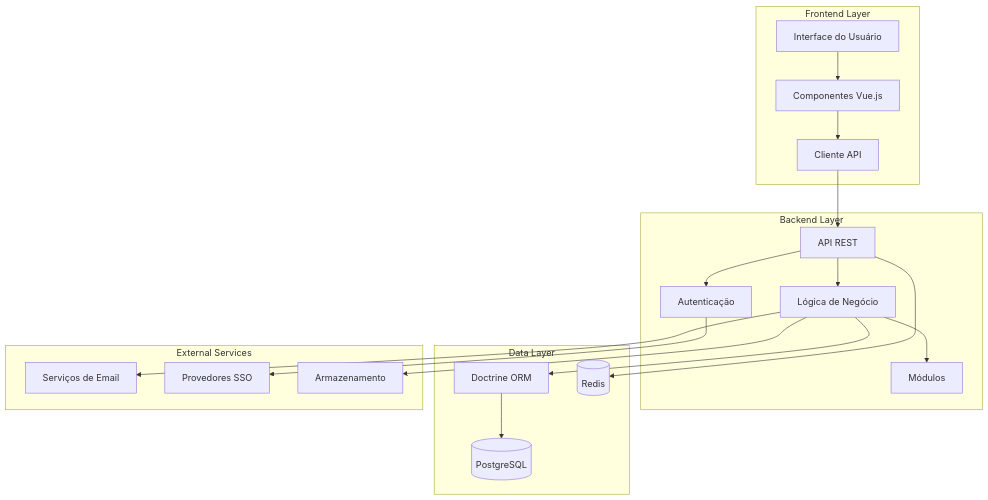
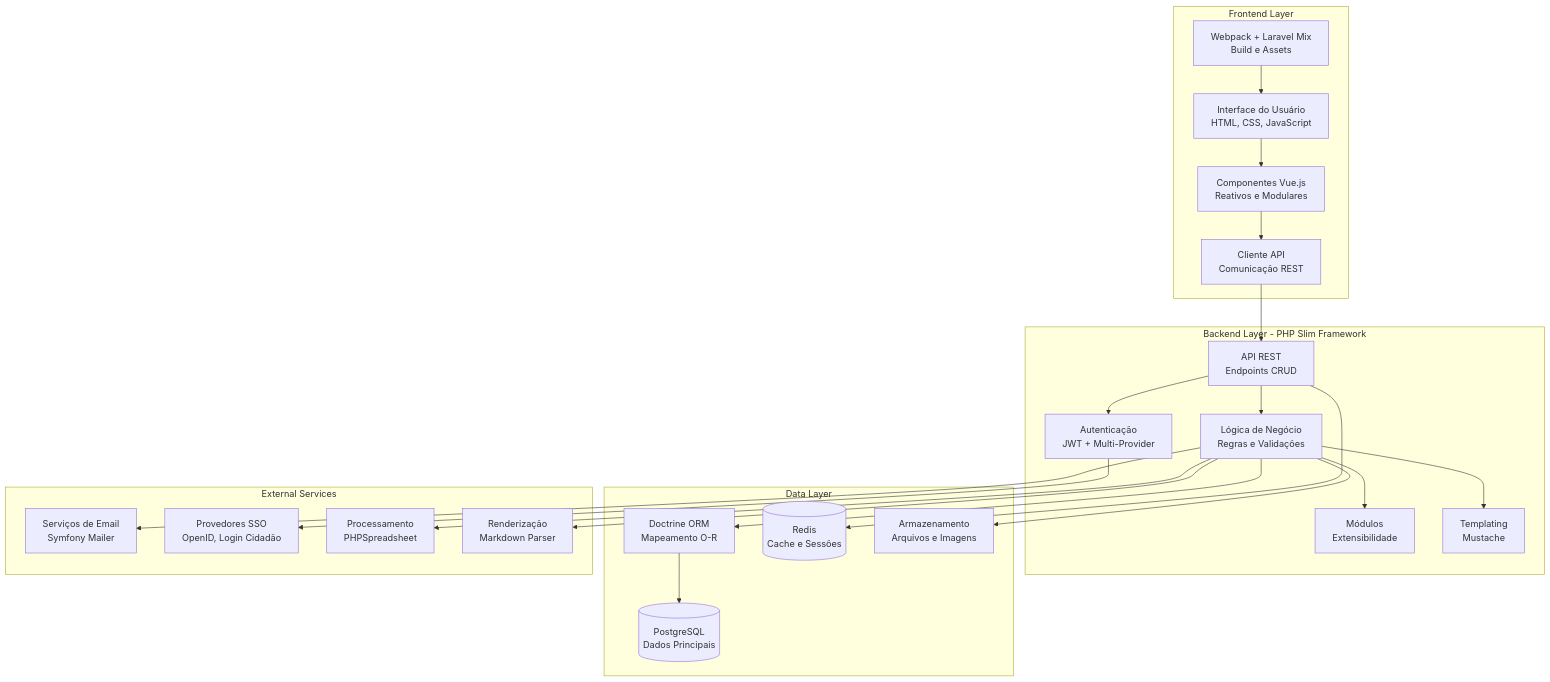
The first of 4 diagrams in content/docs/devs/00_visao_geral_plataforma/02_arquitetura_sistema.mdx (RedeMapas/manual), drawn with Mermaid before and after one commit. The commit also changed other lines of this file and 5 other files, not shown here.

````diff
--- a/content/docs/devs/00_visao_geral_plataforma/02_arquitetura_sistema.mdx
+++ b/content/docs/devs/00_visao_geral_plataforma/02_arquitetura_sistema.mdx
@@ -12,40 +12,48 @@
 ```mermaid
 graph TB
     subgraph "Frontend Layer"
-        UI[Interface do Usuário]
-        VUE[Componentes Vue.js]
-        API_CLIENT[Cliente API]
+        UI[Interface do Usuário<br/>HTML, CSS, JavaScript]
+        VUE[Componentes Vue.js<br/>Reativos e Modulares]
+        API_CLIENT[Cliente API<br/>Comunicação REST]
+        WEBPACK[Webpack + Laravel Mix<br/>Build e Assets]
     end
     
-    subgraph "Backend Layer"
-        API[API REST]
-        AUTH[Autenticação]
-        BUSINESS[Lógica de Negócio]
-        MODULES[Módulos]
+    subgraph "Backend Layer - PHP Slim Framework"
+        API[API REST<br/>Endpoints CRUD]
+        AUTH[Autenticação<br/>JWT + Multi-Provider]
+        BUSINESS[Lógica de Negócio<br/>Regras e Validações]
+        MODULES[Módulos<br/>Extensibilidade]
+        TEMPLATES[Templating<br/>Mustache]
     end
     
     subgraph "Data Layer"
-        ORM[Doctrine ORM]
-        DB[(PostgreSQL)]
-        CACHE[(Redis)]
+        ORM[Doctrine ORM<br/>Mapeamento O-R]
+        DB[(PostgreSQL<br/>Dados Principais)]
+        CACHE[(Redis<br/>Cache e Sessões)]
+        FILES[Armazenamento<br/>Arquivos e Imagens]
     end
     
     subgraph "External Services"
-        EMAIL[Serviços de Email]
-        SSO[Provedores SSO]
-        FILES[Armazenamento]
+        EMAIL[Serviços de Email<br/>Symfony Mailer]
+        SSO[Provedores SSO<br/>OpenID, Login Cidadão]
+        SPREADSHEET[Processamento<br/>PHPSpreadsheet]
+        MARKDOWN[Renderização<br/>Markdown Parser]
     end
     
     UI --> VUE
     VUE --> API_CLIENT
+    WEBPACK --> UI
     API_CLIENT --> API
     API --> AUTH
     API --> BUSINESS
     BUSINESS --> MODULES
+    BUSINESS --> TEMPLATES
     BUSINESS --> ORM
     ORM --> DB
     API --> CACHE
+    BUSINESS --> FILES
     AUTH --> SSO
     BUSINESS --> EMAIL
-    BUSINESS --> FILES
+    BUSINESS --> SPREADSHEET
+    BUSINESS --> MARKDOWN
 ```
````
